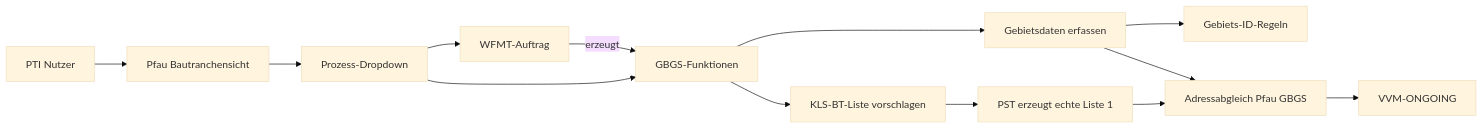
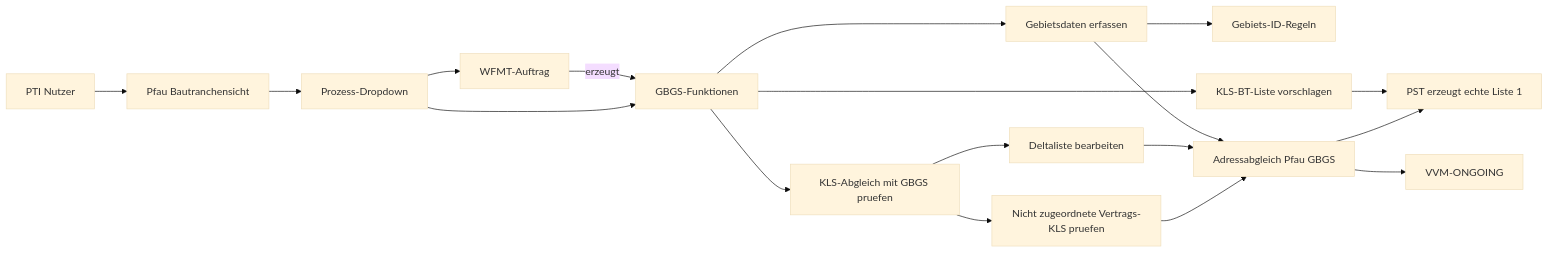
One commit to bergmantb/wbv_bemo changed the diagram in gbgs-mock/uml-diagramme/13-1-use-case-diagramm.md. Above: the diagram before and after it, drawn with Mermaid (base theme). The commit also changed 16 other files, not shown here.

Commit message:
Expand GBGS KLS delta reconciliation design

````diff
--- a/gbgs-mock/uml-diagramme/13-1-use-case-diagramm.md
+++ b/gbgs-mock/uml-diagramme/13-1-use-case-diagramm.md
@@ -5,27 +5,35 @@
 ```mermaid
 flowchart LR
   User["PTI Nutzer"]
   Pfau["Pfau Bautranchensicht"]
   ProcessMenu["Prozess-Dropdown"]
   Wfmt["WFMT-Auftrag"]
   GbgsFunctions["GBGS-Funktionen"]
   AreaWizard["Gebietsdaten erfassen"]
   IdRules["Gebiets-ID-Regeln"]
   KlsWizard["KLS-BT-Liste vorschlagen"]
+  DeltaGui["KLS-Abgleich mit GBGS pruefen"]
+  DeltaList["Deltaliste bearbeiten"]
+  Unassigned["Nicht zugeordnete Vertrags-KLS pruefen"]
   Pst["PST erzeugt echte Liste 1"]
   Reconcile["Adressabgleich Pfau GBGS"]
   Vvm["VVM-ONGOING"]
 
   User --> Pfau
   Pfau --> ProcessMenu
   ProcessMenu --> Wfmt
   Wfmt -->|"erzeugt"| GbgsFunctions
   ProcessMenu --> GbgsFunctions
   GbgsFunctions --> AreaWizard
   AreaWizard --> IdRules
   GbgsFunctions --> KlsWizard
+  GbgsFunctions --> DeltaGui
+  DeltaGui --> DeltaList
+  DeltaGui --> Unassigned
   KlsWizard --> Pst
   AreaWizard --> Reconcile
-  Pst --> Reconcile
+  DeltaList --> Reconcile
+  Unassigned --> Reconcile
+  Reconcile --> Pst
   Reconcile --> Vvm
 ```
````
